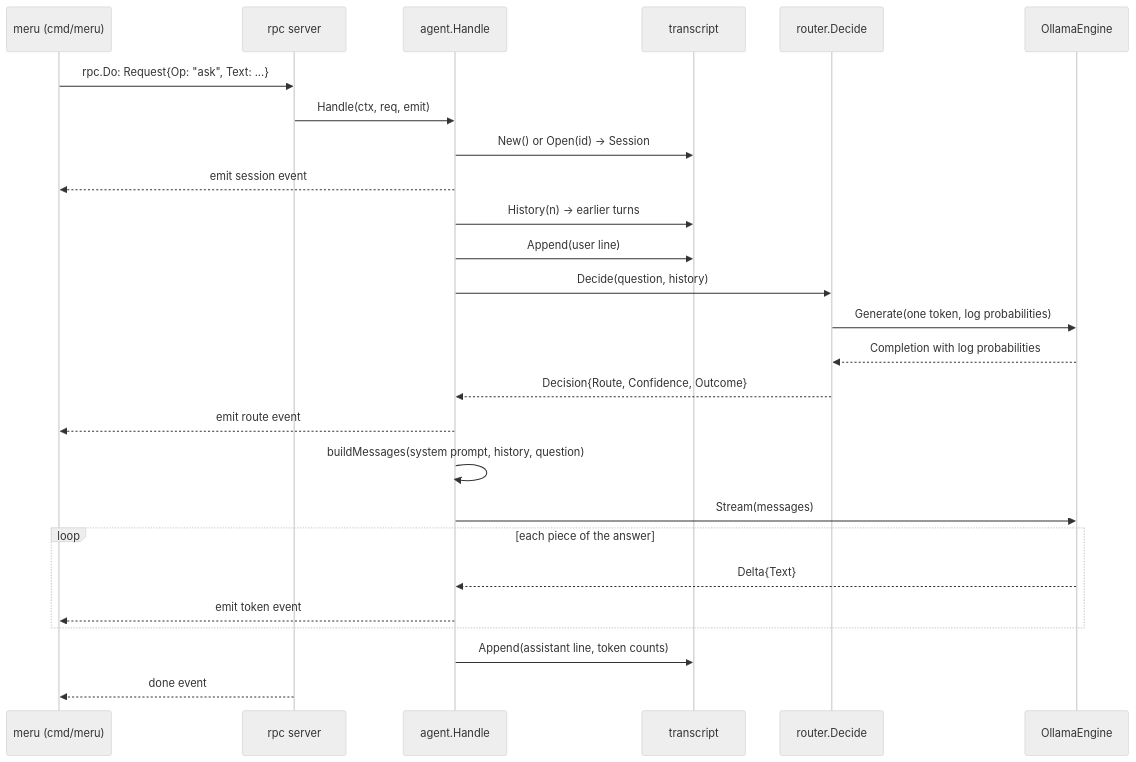
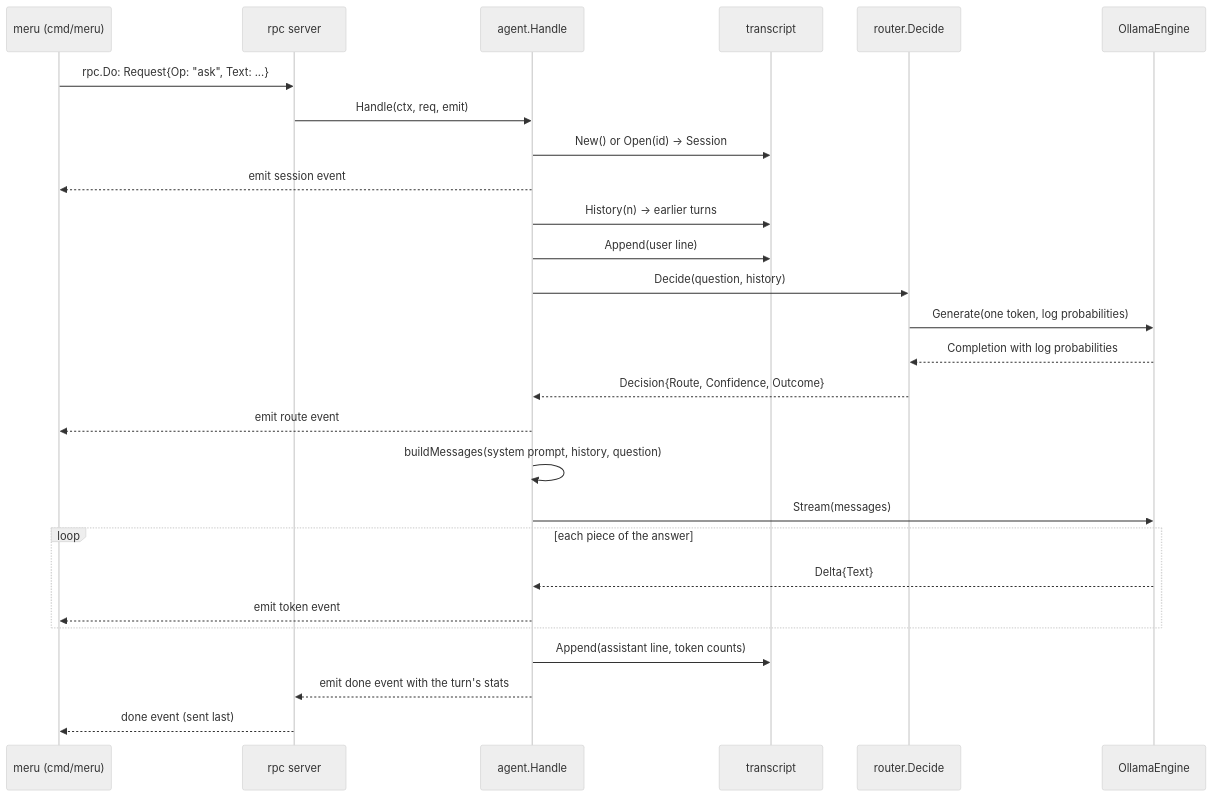
One commit to aarora79/meru changed the third of 3 diagrams in docs/lld.md. Above: the diagram before and after it, drawn with Mermaid (neutral theme). The commit also changed other lines of this file and 30 other files, not shown here.

````diff
--- a/docs/lld.md
+++ b/docs/lld.md
@@ -193,29 +207,30 @@
 ```mermaid
 sequenceDiagram
     participant U as meru (cmd/meru)
     participant S as rpc server
     participant A as agent.Handle
     participant T as transcript
     participant RT as router.Decide
     participant E as OllamaEngine
 
     U->>S: rpc.Do: Request{Op: "ask", Text: ...}
     S->>A: Handle(ctx, req, emit)
     A->>T: New() or Open(id) → Session
     A-->>U: emit session event
     A->>T: History(n) → earlier turns
     A->>T: Append(user line)
     A->>RT: Decide(question, history)
     RT->>E: Generate(one token, log probabilities)
     E-->>RT: Completion with log probabilities
     RT-->>A: Decision{Route, Confidence, Outcome}
     A-->>U: emit route event
     A->>A: buildMessages(system prompt, history, question)
     A->>E: Stream(messages)
     loop each piece of the answer
         E-->>A: Delta{Text}
         A-->>U: emit token event
     end
     A->>T: Append(assistant line, token counts)
-    S-->>U: done event
+    A-->>S: emit done event with the turn's stats
+    S-->>U: done event (sent last)
 ```
````
